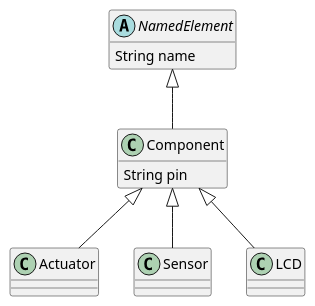
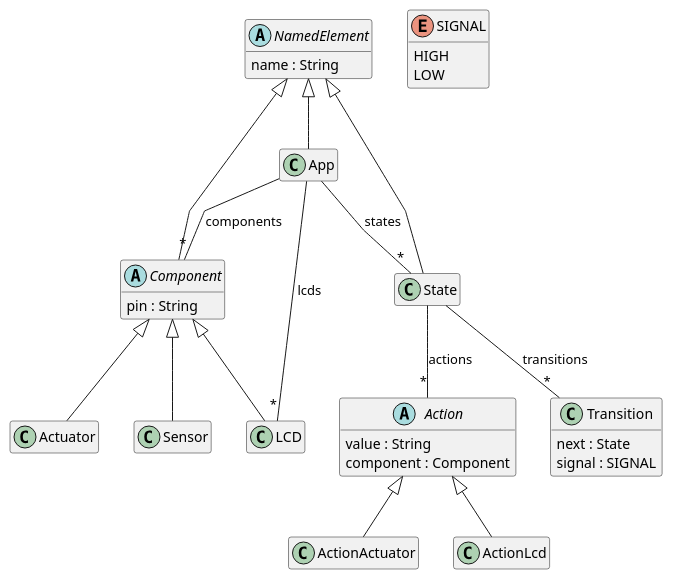
The diagram in kernels/kernel.plantuml (MathieuPaillart/arduinoML-dsl), drawn with PlantUML before and after one commit. The commit also changed 2 other files, not shown here.

Commit message:
rename grammar, and added plantuml diagram

```diff
--- a/kernels/kernel.plantuml
+++ b/kernels/kernel.plantuml
@@ -1,18 +1,58 @@
 @startuml
+skinparam linetype polyline
+' Inheritance
 Component <|-- Actuator
 Component <|-- Sensor
 Component <|-- LCD
+NamedElement <|-- Component
+NamedElement <|-- State
+NamedElement <|-- App
+Action <|-- ActionActuator
+Action <|-- ActionLcd
 
-NamedElement <|-- Component
-
+' Abstract Class Declaration
 abstract class NamedElement{
-  String name
+  name : String
+  }
+abstract class Action{
+   value : String
+   component : Component
 }
-class Component {
-  String pin
+abstract class Component {
+  pin : String
+}
+' Class Declaration
+class App {
+}
+class Transition {
+    next : State
+    signal : SIGNAL
+}
+' Enum Declaration
+enum SIGNAL {
+   HIGH
+   LOW
 }
 
+' All attributes
+App -- "*" Component : components
+App -- "*" LCD : lcds
+App -- "*" State : states
+State -- "*" Action : actions
+State -- "*" Transition : transitions
+
+' Hide methods
 hide Component methods
+hide Action methods
+hide SIGNAL methods
+hide Transition methods
 hide NamedElement methods
-
+' Hide members
+hide ActionActuator members
+hide LCD members
+hide ActionLcd members
+hide Sensor members
+hide App members
+hide Actuator members
+hide State members
 @enduml
```
